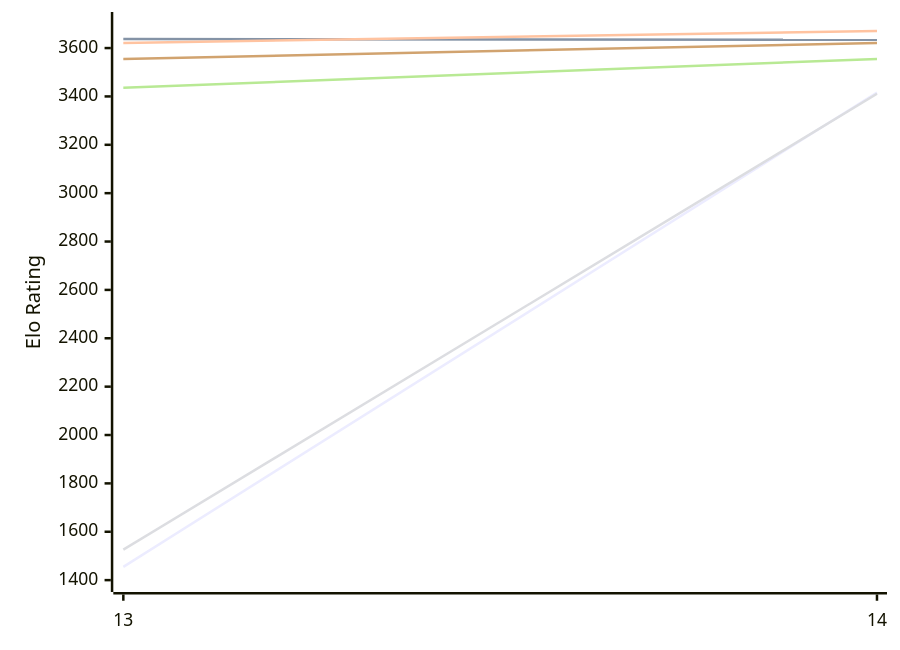
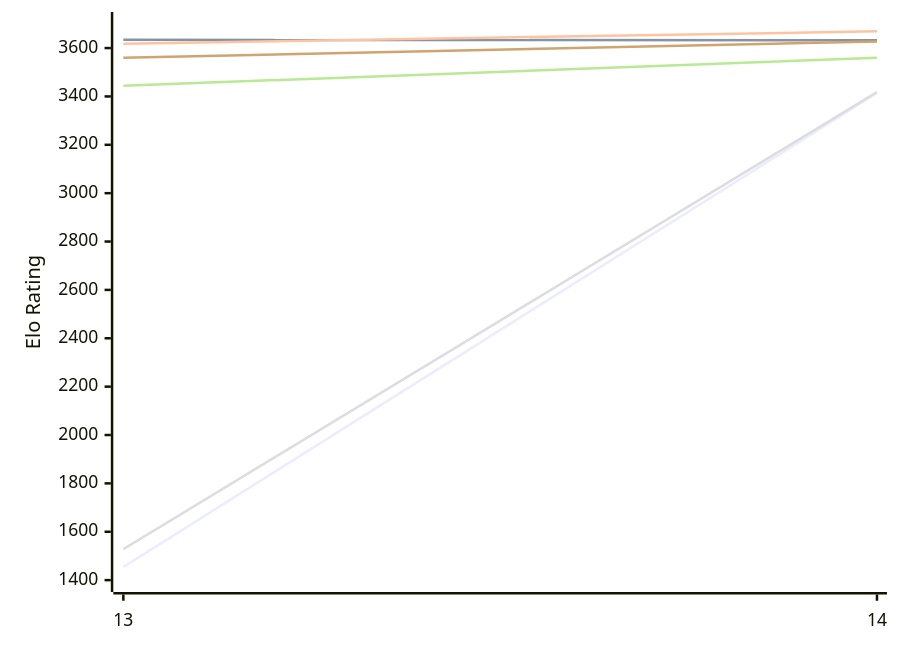
The first of 2 diagrams in engines/Berserk.md (computer-chess-index/cci), drawn with Mermaid before and after one commit. The commit also changed other lines of this file, not shown here.

Commit message:
Update CCI Ratings (ELO VLTC) - 2026-11-23

````diff
--- a/engines/Berserk.md
+++ b/engines/Berserk.md
@@ -50,12 +50,12 @@
 ```mermaid
 %%{init: {"theme":"base","themeVariables":{"seriesColors:['#a3a3a3','#222221','#faa371']}}}%%
 xychart-beta
   x-axis ["13", "14"]
   y-axis "Elo Rating" 1400 --> 3700
-  line "E1: STC (8.0+0.08s)" [1455, 3416]
-  line "E1: LTC (60.0+0.60s)" [3637, 3634]
-  line "E1: VLTC (2m24s+1.12s)" [3621, 3671]
-  line "P1: STC (8.0+0.08s)" [1526, 3411]
-  line "P1: LTC (60.0+0.60s)" [3436, 3555]
-  line "P1: VLTC (2m24s+1.12s)" [3555, 3621]
+  line "E1: STC (8.0+0.08s)" [1454, 3414]
+  line "E1: LTC (60.0+0.60s)" [3634, 3632]
+  line "E1: VLTC (2m24s+1.12s)" [3618, 3669]
+  line "P1: STC (8.0+0.08s)" [1528, 3418]
+  line "P1: LTC (60.0+0.60s)" [3444, 3560]
+  line "P1: VLTC (2m24s+1.12s)" [3560, 3627]
 ```
````
